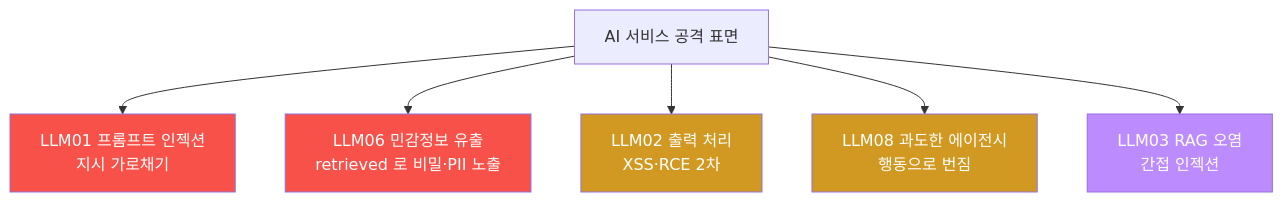
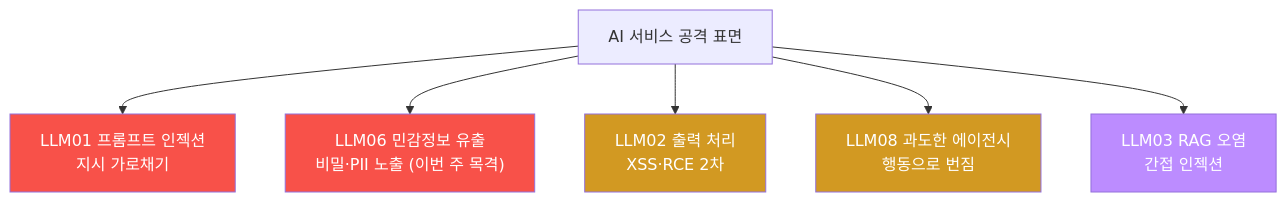
Before and after one commit to mrgrit/tw2: the third of 4 diagrams in contents/training/ai-service-pentest/lecture_week01.md, drawn with Mermaid. The commit also changed other lines of this file and 304 other files, not shown here.

````diff
--- a/contents/training/ai-service-pentest/lecture_week01.md
+++ b/contents/training/ai-service-pentest/lecture_week01.md
@@ -207,13 +249,13 @@
 ```mermaid
 graph TD
     A["AI 서비스 공격 표면"] --> B["LLM01 프롬프트 인젝션<br/>지시 가로채기"]
-    A --> C["LLM06 민감정보 유출<br/>retrieved 로 비밀·PII 노출"]
+    A --> C["LLM06 민감정보 유출<br/>비밀·PII 노출 (이번 주 목격)"]
     A --> D["LLM02 출력 처리<br/>XSS·RCE 2차"]
     A --> E["LLM08 과도한 에이전시<br/>행동으로 번짐"]
     A --> F["LLM03 RAG 오염<br/>간접 인젝션"]
     style B fill:#f85149,color:#fff
     style C fill:#f85149,color:#fff
     style D fill:#d29922,color:#fff
     style E fill:#d29922,color:#fff
     style F fill:#bc8cff,color:#fff
 ```
````
